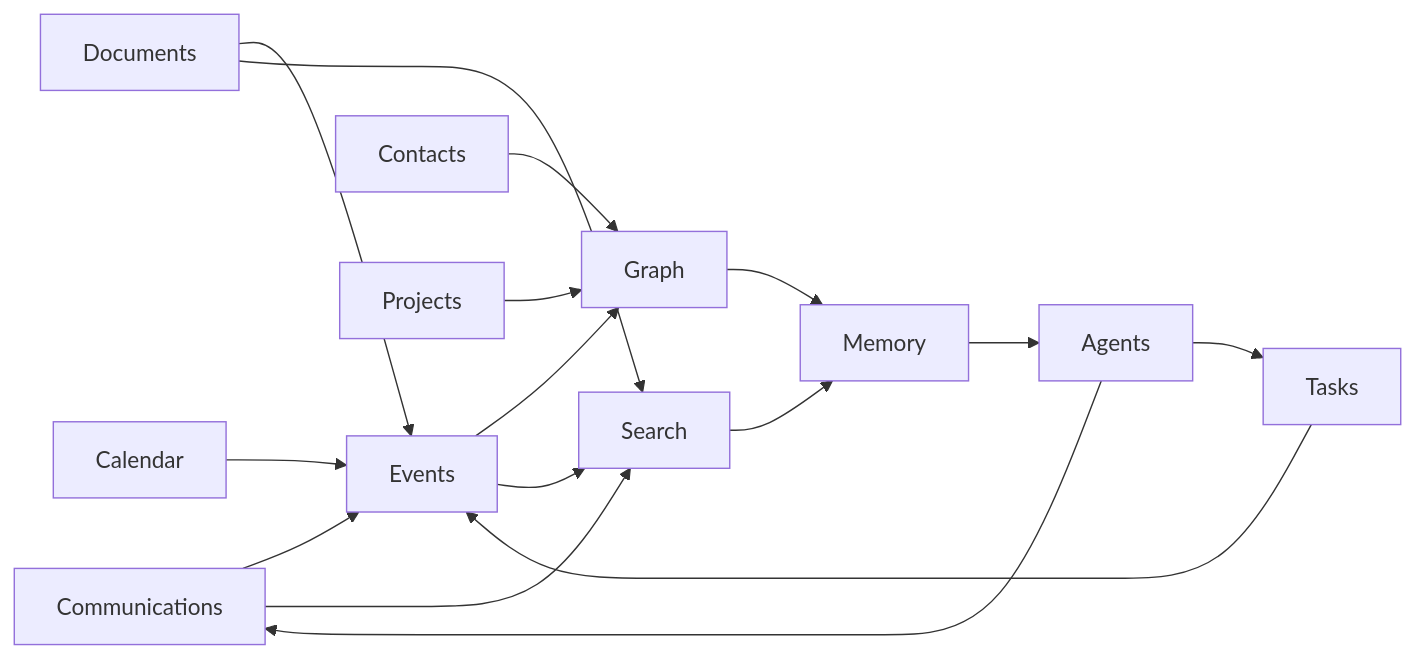
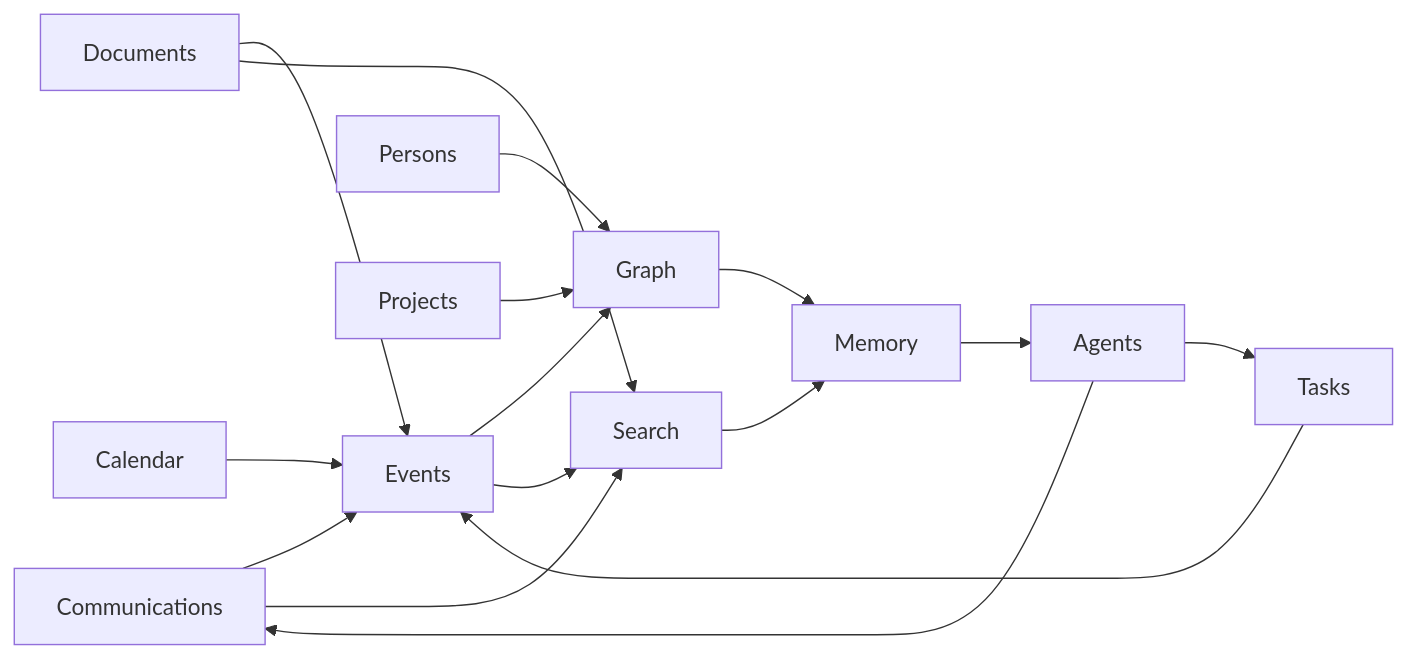
One commit to Mesteriis/hermes-os changed the diagram in docs/architecture/domain-map.md. Above: the diagram before and after it, drawn with Mermaid. The commit also changed other lines of this file and 70 other files, not shown here.

First line of the commit message:
feat(persons): rename contacts to persons — full Relationship Intelligence System

````diff
--- a/docs/architecture/domain-map.md
+++ b/docs/architecture/domain-map.md
@@ -5,18 +5,18 @@
 ```mermaid
 flowchart LR
     Communications --> Events
     Documents --> Events
     Calendar --> Events
     Tasks --> Events
-    Contacts --> Graph
+    Persons --> Graph
     Projects --> Graph
     Events --> Graph
     Events --> Search
     Documents --> Search
     Communications --> Search
     Graph --> Memory
     Search --> Memory
     Memory --> Agents
     Agents --> Tasks
     Agents --> Communications
 ```
````
